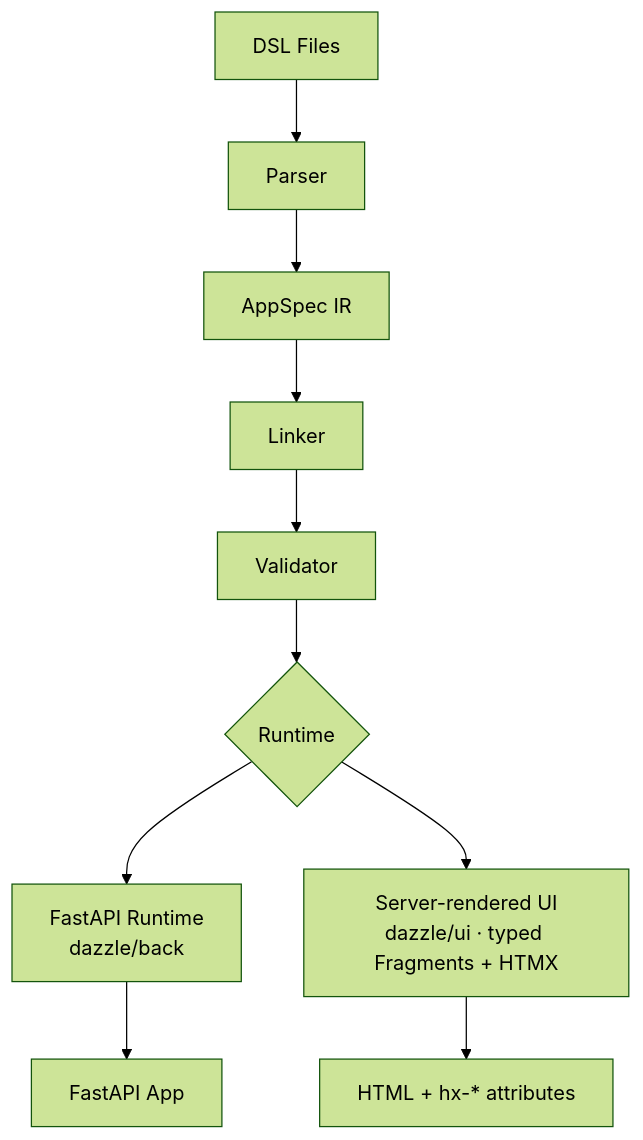
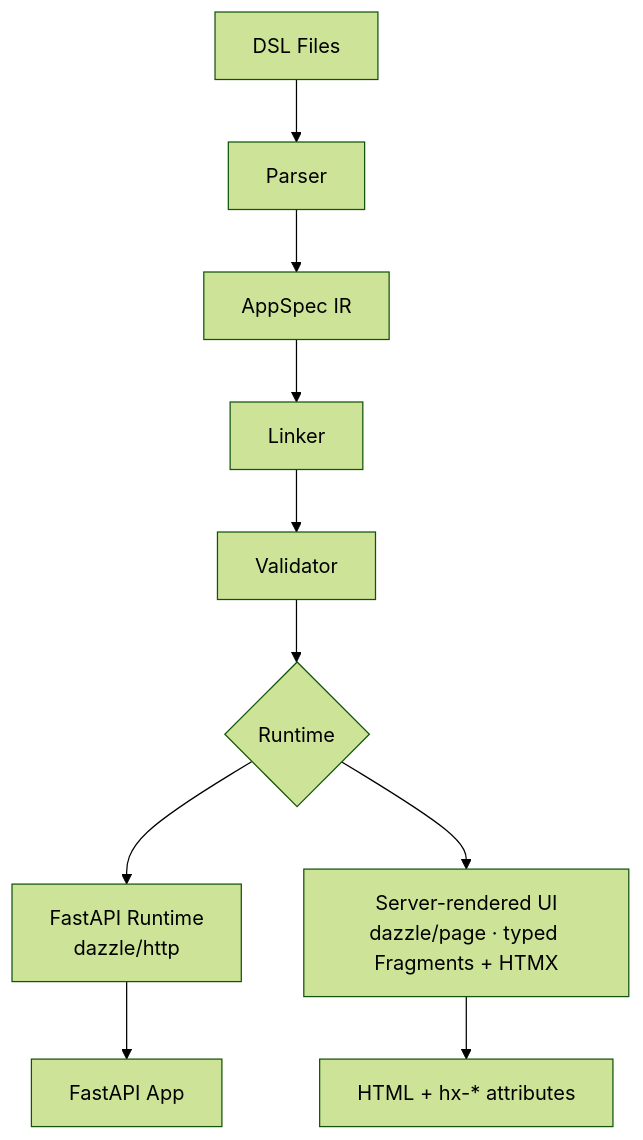
One commit to manwithacat/dazzle changed the diagram in docs/architecture/dsl-to-appspec.md. Above: the diagram before and after it, drawn with Mermaid (forest theme). The commit also changed other lines of this file and 1800 other files, not shown here.

First line of the commit message:
refactor(layers)!: rename back→http, ui→page — http→page→render→core (ADR-0041, phase 4/4)

````diff
--- a/docs/architecture/dsl-to-appspec.md
+++ b/docs/architecture/dsl-to-appspec.md
@@ -7,12 +7,12 @@
 ```mermaid
 graph TD
     DSL[DSL Files] --> Parser
     Parser --> IR[AppSpec IR]
     IR --> Linker
     Linker --> Validator
     Validator --> Runtime{Runtime}
-    Runtime --> Back[FastAPI Runtime<br/>dazzle/back]
-    Runtime --> UI[Server-rendered UI<br/>dazzle/ui · typed Fragments + HTMX]
+    Runtime --> Back[FastAPI Runtime<br/>dazzle/http]
+    Runtime --> UI[Server-rendered UI<br/>dazzle/page · typed Fragments + HTMX]
     Back --> API[FastAPI App]
     UI --> HTML[HTML + hx-* attributes]
 ```
````
